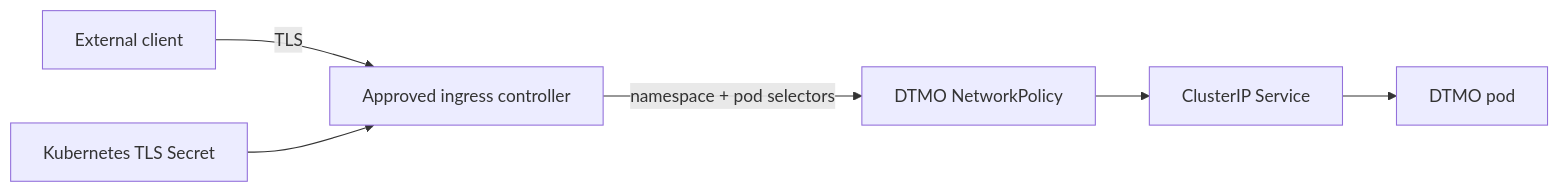
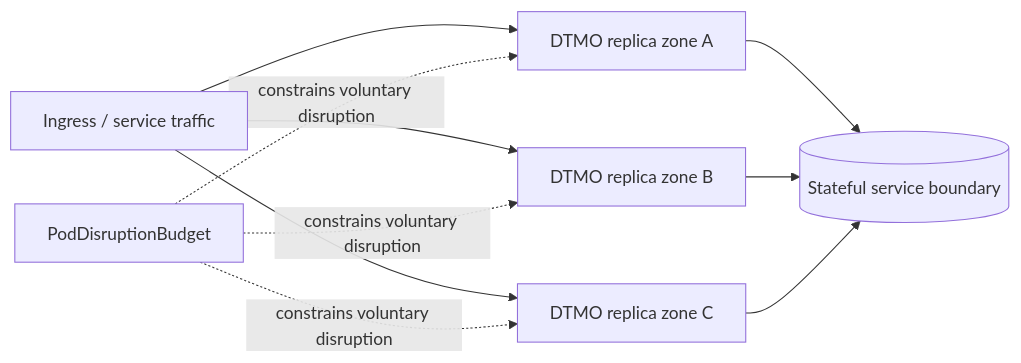
One commit to GJvManen/dtmo changed the diagram in docs/README.md. Above: the diagram before and after it, drawn with Mermaid. The commit also changed other lines of this file, not shown here.

````diff
--- a/docs/README.md
+++ b/docs/README.md
@@ -83,8 +87,12 @@
 ```mermaid
 flowchart LR
-    C[External client] -->|TLS| IC[Approved ingress controller]
-    IC -->|namespace + pod selectors| N[DTMO NetworkPolicy]
-    N --> S[ClusterIP Service]
-    S --> D[DTMO pod]
-    T[Kubernetes TLS Secret] --> IC
+    U[Ingress / service traffic] --> A[DTMO replica zone A]
+    U --> B[DTMO replica zone B]
+    U --> C[DTMO replica zone C]
+    A --> S[(Stateful service boundary)]
+    B --> S
+    C --> S
+    P[PodDisruptionBudget] -. constrains voluntary disruption .-> A
+    P -. constrains voluntary disruption .-> B
+    P -. constrains voluntary disruption .-> C
 ```
````
